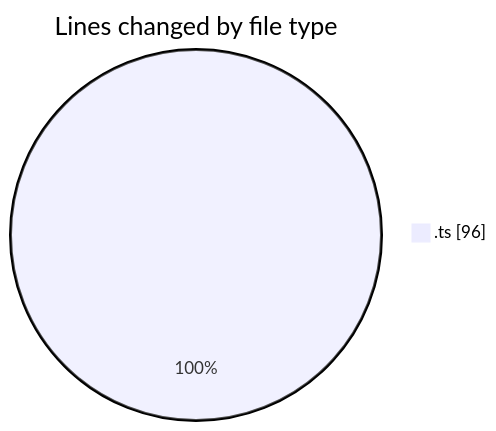
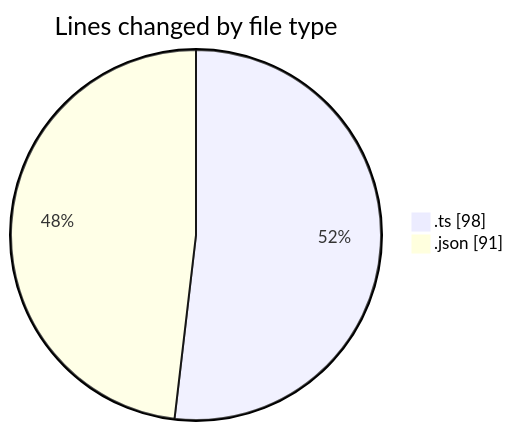
Before and after one commit to donsfak/code-tracking: the first of 2 diagrams in 2025-02-08/maps_clone/README.md, drawn with Mermaid. The commit also changed other lines of this file and 1 other file, not shown here.

````diff
--- a/2025-02-08/maps_clone/README.md
+++ b/2025-02-08/maps_clone/README.md
@@ -20,5 +21,6 @@
 ```mermaid
 pie showData
 title Lines changed by file type
-".ts" : 96
+".ts" : 98
+".json" : 91
 ```
````
